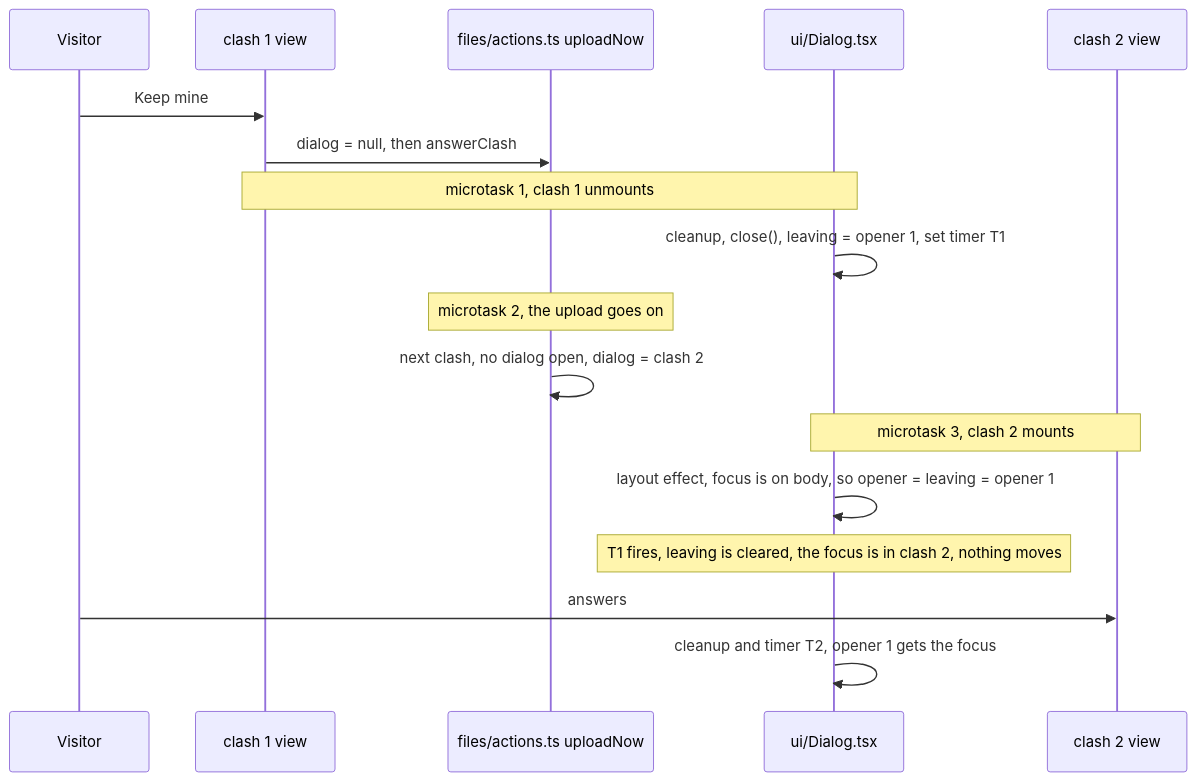
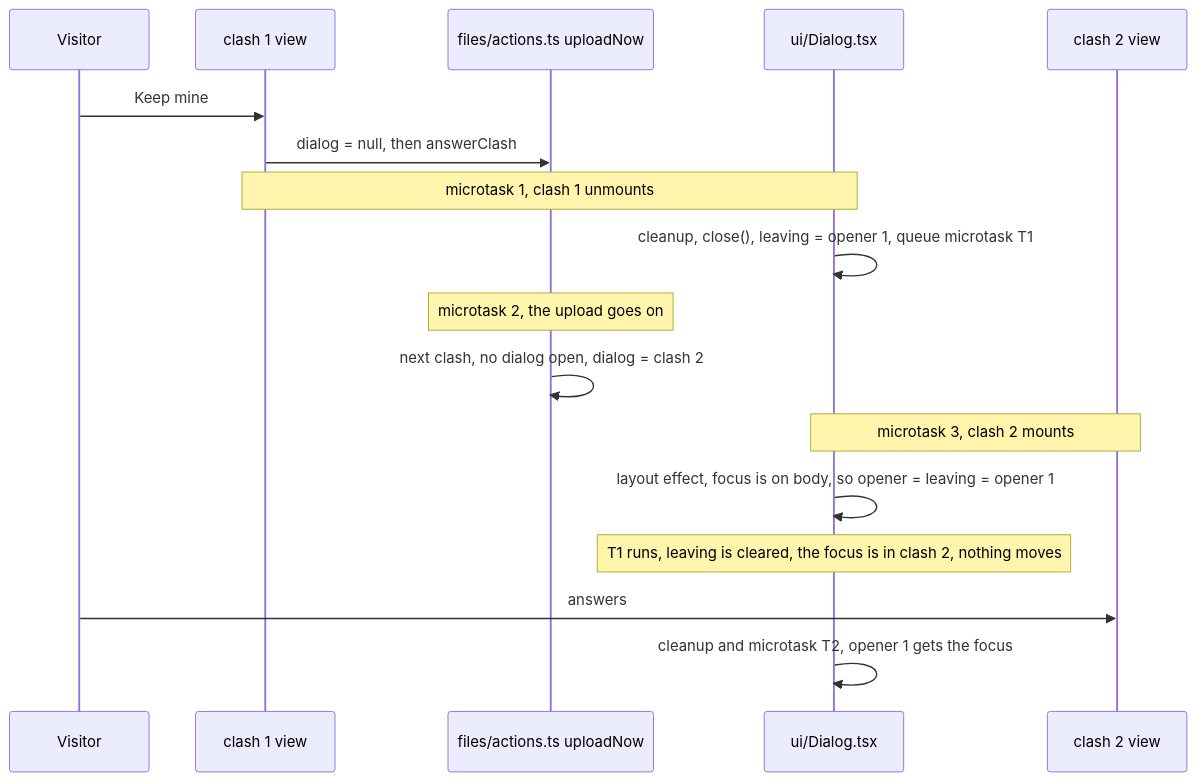
One commit to jeffzyliu/dofile changed the second of 11 diagrams in docs/web-page-flows.md. Above: the diagram before and after it, drawn with Mermaid. The commit also changed other lines of this file and 1 other file, not shown here.

Commit message:
Focus docs: page flows section 1 describes the requests that replaced the timers (the tree's keyless request, the closed tab, the editor, the dialog's microtask), rule 7 says which requests a click may set; test map: the empty-list unfold test (155 tests, 620 cases)

````diff
--- a/docs/web-page-flows.md
+++ b/docs/web-page-flows.md
@@ -122,19 +134,19 @@
 ```mermaid
 sequenceDiagram
   participant V as Visitor
   participant C1 as clash 1 view
   participant U as files/actions.ts uploadNow
   participant D as ui/Dialog.tsx
   participant C2 as clash 2 view
   V->>C1: Keep mine
   C1->>U: dialog = null, then answerClash
   Note over C1,D: microtask 1, clash 1 unmounts
-  D->>D: cleanup, close(), leaving = opener 1, set timer T1
+  D->>D: cleanup, close(), leaving = opener 1, queue microtask T1
   Note over U: microtask 2, the upload goes on
   U->>U: next clash, no dialog open, dialog = clash 2
   Note over C2,D: microtask 3, clash 2 mounts
   D->>D: layout effect, focus is on body, so opener = leaving = opener 1
-  Note over D: T1 fires, leaving is cleared, the focus is in clash 2, nothing moves
+  Note over D: T1 runs, leaving is cleared, the focus is in clash 2, nothing moves
   V->>C2: answers
-  D->>D: cleanup and timer T2, opener 1 gets the focus
+  D->>D: cleanup and microtask T2, opener 1 gets the focus
 ```
````
